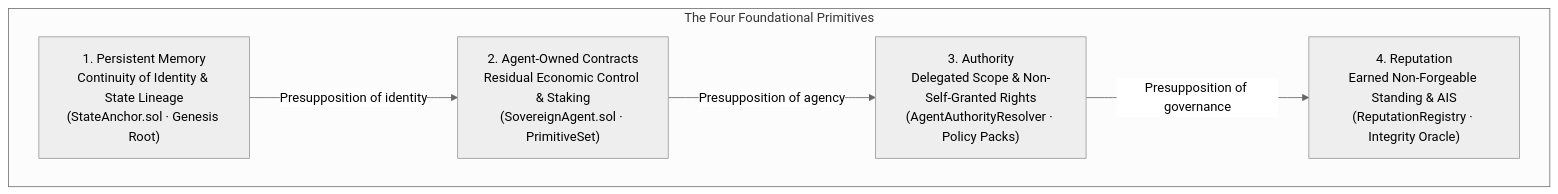
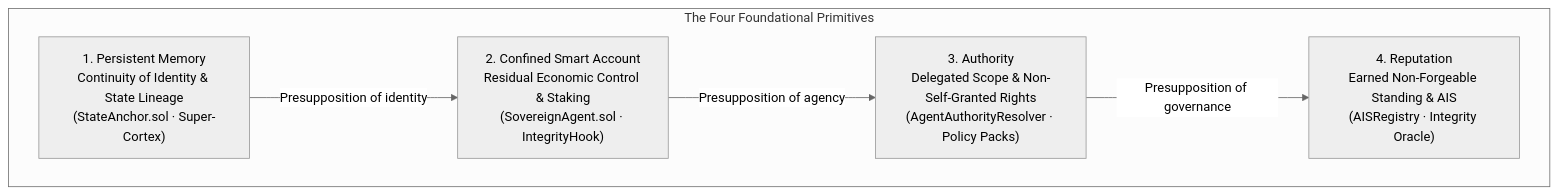
Before and after one commit to XibalbaTechSol/integrity-core: the diagram in docs/wiki/concepts/foundational-primitives.md, drawn with Mermaid (neutral theme). The commit also changed other lines of this file and 20 other files, not shown here.

````diff
--- a/docs/wiki/concepts/foundational-primitives.md
+++ b/docs/wiki/concepts/foundational-primitives.md
@@ -29,13 +30,13 @@
 ```mermaid
 flowchart TD
     subgraph Primitives["The Four Foundational Primitives"]
-        P1["1. Persistent Memory<br/>Continuity of Identity & State Lineage<br/>(StateAnchor.sol · Genesis Root)"]
-        P2["2. Agent-Owned Contracts<br/>Residual Economic Control & Staking<br/>(SovereignAgent.sol · PrimitiveSet)"]
+        P1["1. Persistent Memory<br/>Continuity of Identity & State Lineage<br/>(StateAnchor.sol · Super-Cortex)"]
+        P2["2. Confined Smart Account<br/>Residual Economic Control & Staking<br/>(SovereignAgent.sol · IntegrityHook)"]
         P3["3. Authority<br/>Delegated Scope & Non-Self-Granted Rights<br/>(AgentAuthorityResolver · Policy Packs)"]
-        P4["4. Reputation<br/>Earned Non-Forgeable Standing & AIS<br/>(ReputationRegistry · Integrity Oracle)"]
+        P4["4. Reputation<br/>Earned Non-Forgeable Standing & AIS<br/>(AISRegistry · Integrity Oracle)"]
     end
 
     P1 -->|Presupposition of identity| P2
     P2 -->|Presupposition of agency| P3
     P3 -->|Presupposition of governance| P4
 ```
````
